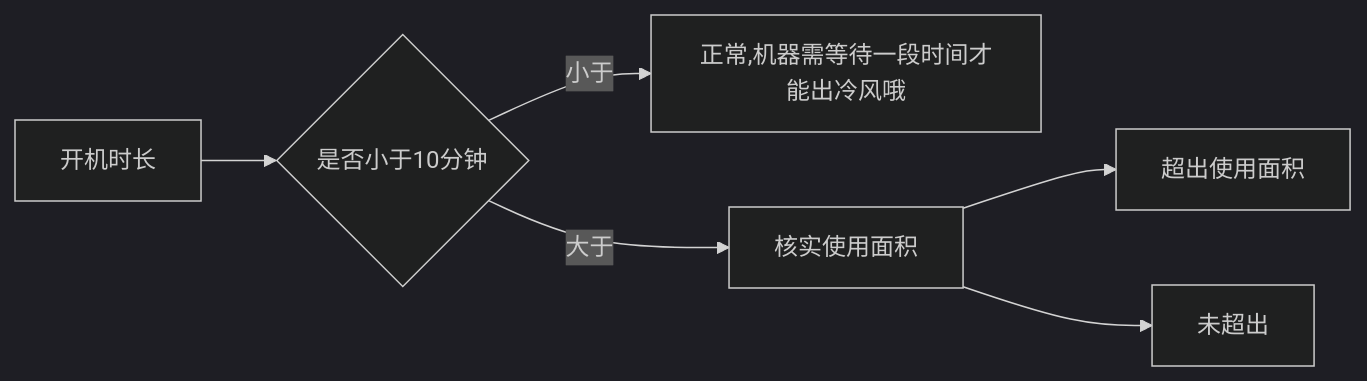
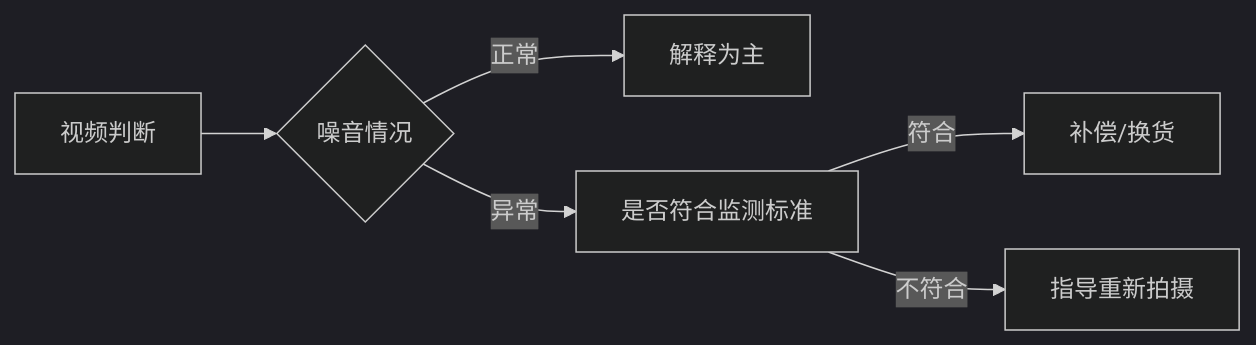
One commit to mnjun9527/Maitu changed the third of 3 diagrams in 志高移动空调/售后/售后指南.md. Above: the diagram before and after it, drawn with Mermaid (dark theme). The commit also changed other lines of this file and 8 other files, not shown here.

````diff
--- a/志高移动空调/售后/售后指南.md
+++ b/志高移动空调/售后/售后指南.md
@@ -38,8 +217,8 @@
 ```mermaid
 graph LR
-    A[开机时长] --> B{是否小于10分钟}
-    B -->|小于| D[正常,机器需等待一段时间才能出冷风哦]
-    B -->|大于| E[核实使用面积] 
-    E--> F[超出使用面积]
-    E--> G[未超出]
+    A[视频判断] --> B{噪音情况}
+    B -->|正常| C[解释为主]
+    B -->|异常| D[是否符合监测标准]
+    D -->|符合| F[补偿/换货]
+    D -->|不符合| G[指导重新拍摄]
 ```
````
